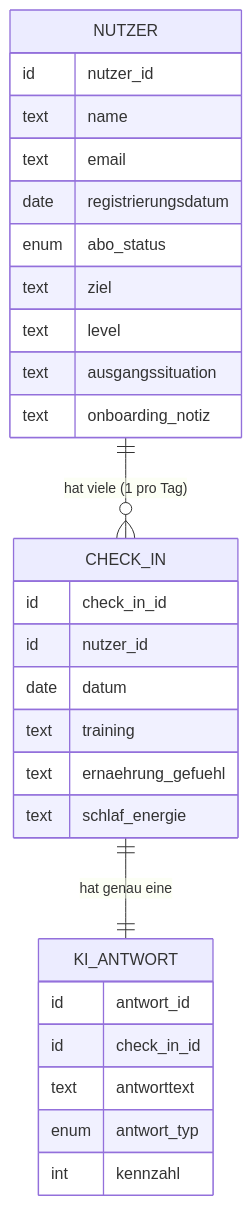
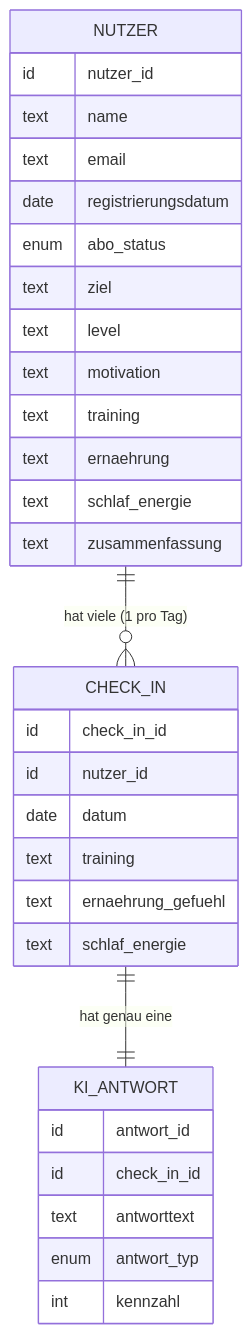
One commit to phillipzxk/App changed the diagram in Datenstruktur/Datenmodell.md. Above: the diagram before and after it, drawn with Mermaid. The commit also changed other lines of this file and 22 other files, not shown here.

````diff
--- a/Datenstruktur/Datenmodell.md
+++ b/Datenstruktur/Datenmodell.md
@@ -12,31 +12,34 @@
 ```mermaid
 erDiagram
     NUTZER ||--o{ CHECK_IN : "hat viele (1 pro Tag)"
     CHECK_IN ||--|| KI_ANTWORT : "hat genau eine"
     NUTZER {
         id nutzer_id
         text name
         text email
         date registrierungsdatum
         enum abo_status
         text ziel
         text level
-        text ausgangssituation
-        text onboarding_notiz
+        text motivation
+        text training
+        text ernaehrung
+        text schlaf_energie
+        text zusammenfassung
     }
     CHECK_IN {
         id check_in_id
         id nutzer_id
         date datum
         text training
         text ernaehrung_gefuehl
         text schlaf_energie
     }
     KI_ANTWORT {
         id antwort_id
         id check_in_id
         text antworttext
         enum antwort_typ
         int kennzahl
     }
 ```
````
